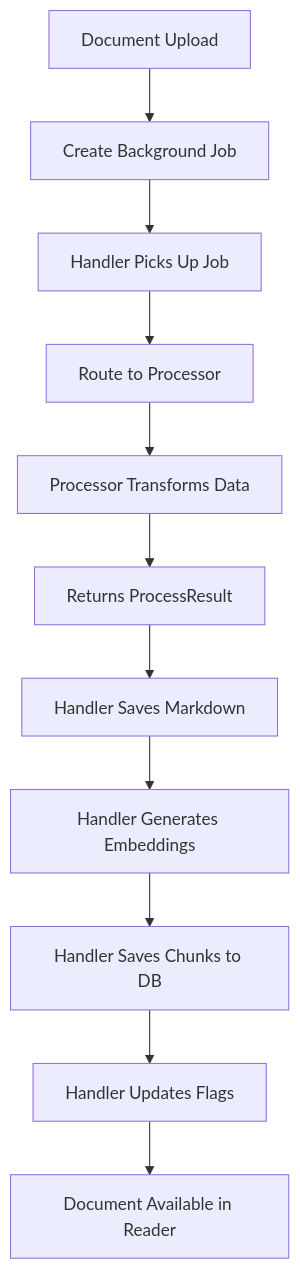
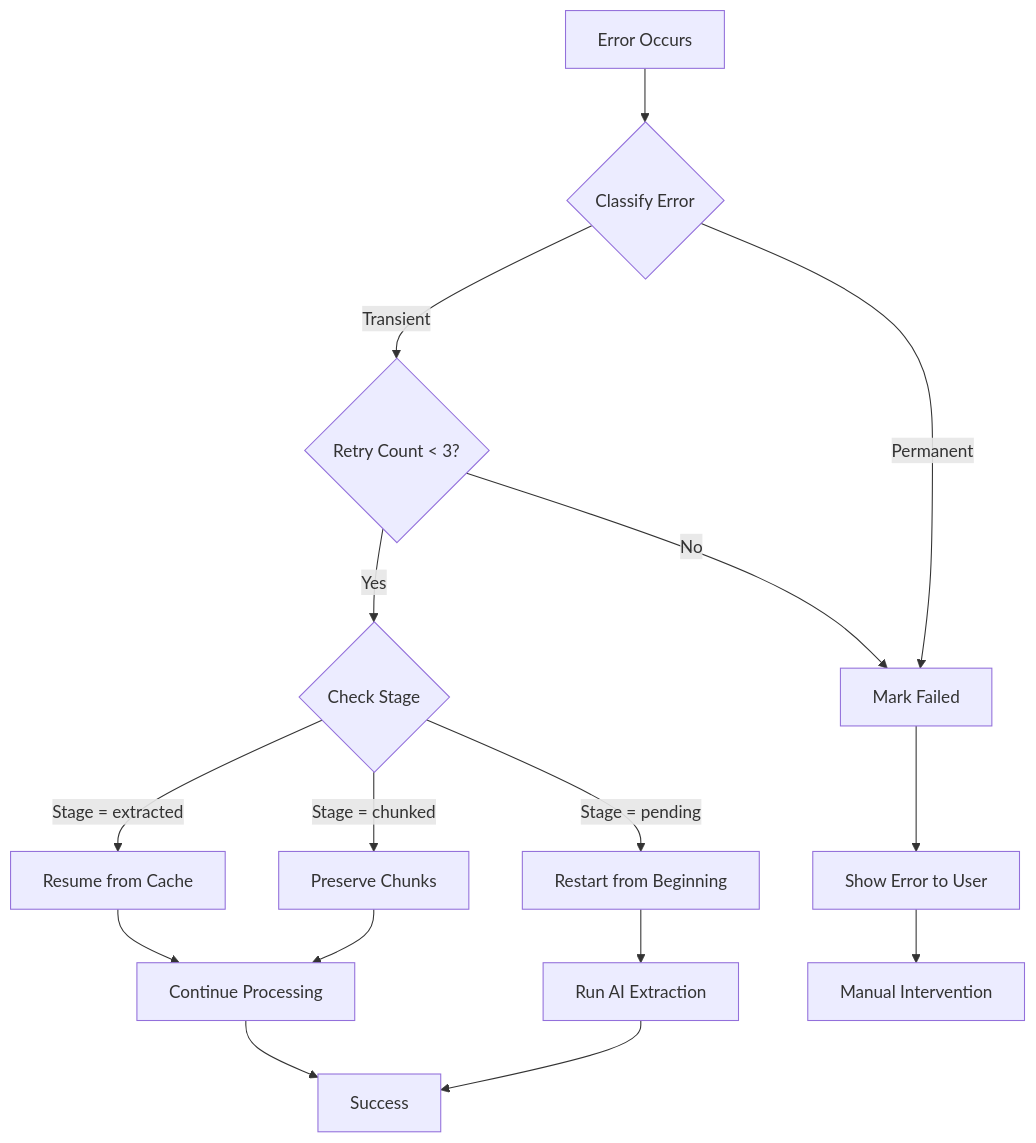
Before and after one commit to toph420/rhizome-v2: the sixth of 6 diagrams in docs/UPLOAD_PROCESSING_WORKFLOW.md, drawn with Mermaid. The commit also changed other lines of this file and 3 other files, not shown here.

````diff
--- a/docs/UPLOAD_PROCESSING_WORKFLOW.md
+++ b/docs/UPLOAD_PROCESSING_WORKFLOW.md
@@ -37,15 +1255,23 @@
 ```mermaid
 graph TD
-    A[Document Upload] --> B[Create Background Job]
-    B --> C[Handler Picks Up Job]
-    C --> D[Route to Processor]
-    
-    D --> E[Processor Transforms Data]
-    E --> F[Returns ProcessResult]
-    
-    F --> G[Handler Saves Markdown]
-    G --> H[Handler Generates Embeddings]
-    H --> I[Handler Saves Chunks to DB]
-    I --> J[Handler Updates Flags]
-    J --> K[Document Available in Reader]
+    A[Error Occurs] --> B{Classify Error}
+    B -->|Transient| C{Retry Count < 3?}
+    B -->|Permanent| D[Mark Failed]
+
+    C -->|Yes| E{Check Stage}
+    C -->|No| D
+
+    E -->|Stage = extracted| F[Resume from Cache]
+    E -->|Stage = chunked| G[Preserve Chunks]
+    E -->|Stage = pending| H[Restart from Beginning]
+
+    F --> I[Continue Processing]
+    G --> I
+    H --> J[Run AI Extraction]
+
+    I --> K[Success]
+    J --> K
+
+    D --> L[Show Error to User]
+    L --> M[Manual Intervention]
 ```
````
